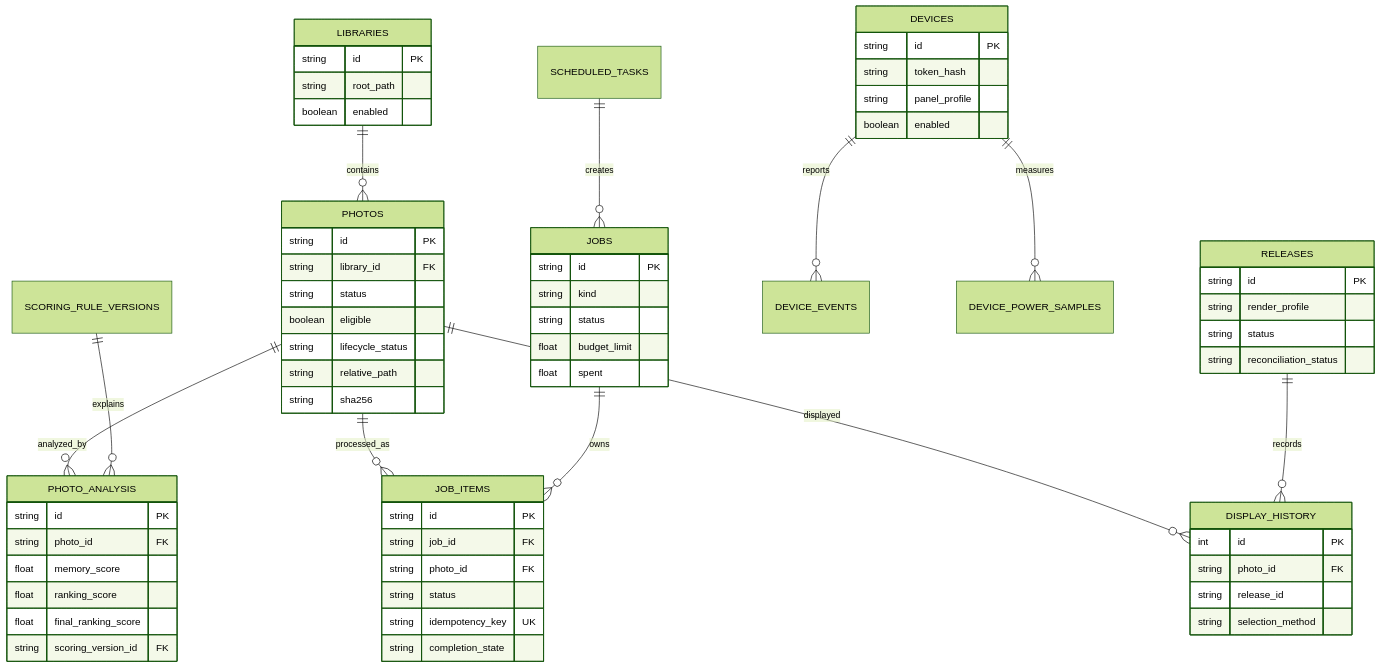
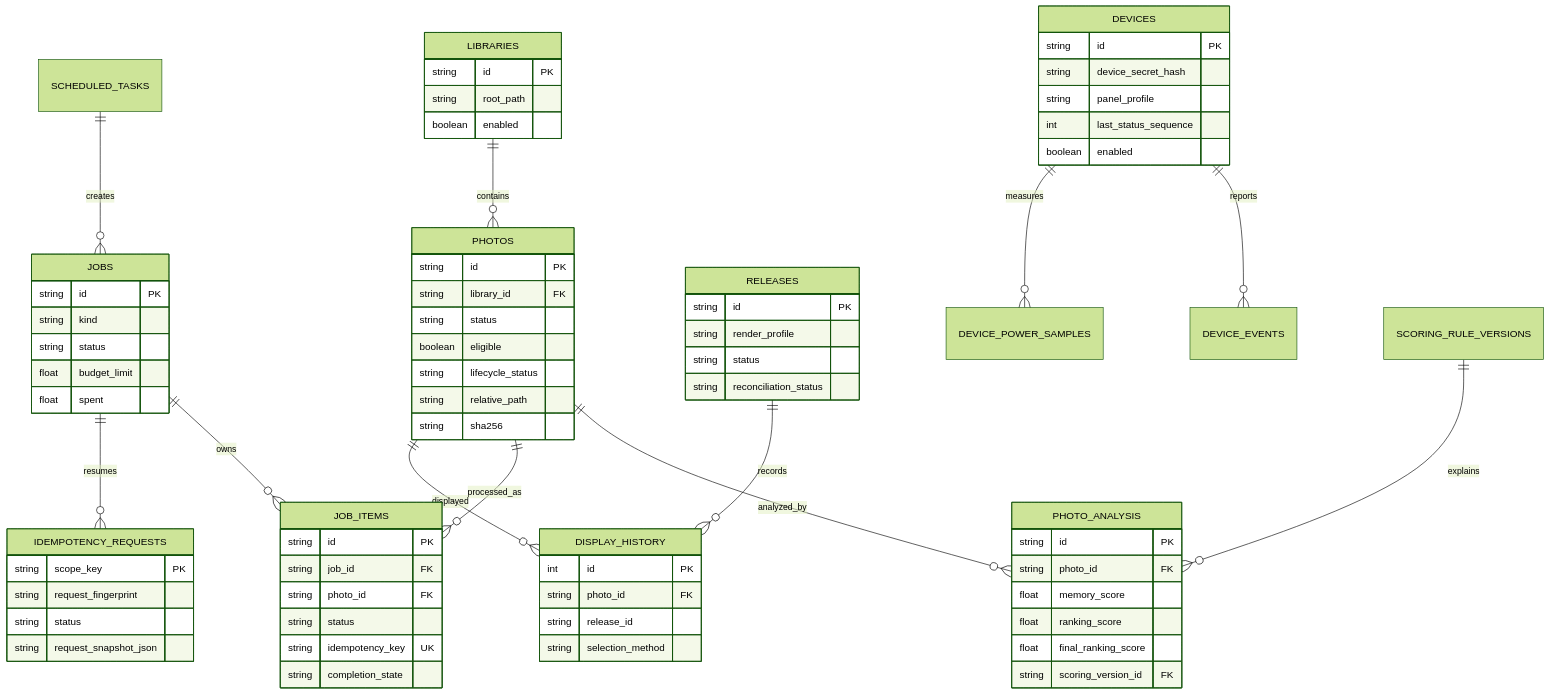
Before and after one commit to steven87090799/InkTime: diagram 13 of 15 in README.md, drawn with Mermaid (forest theme). The commit also changed other lines of this file and 45 other files, not shown here.

Commit message:
docs: sync project documentation with current architecture

````diff
--- a/README.md
+++ b/README.md
@@ -514,69 +518,77 @@
 ```mermaid
 erDiagram
     LIBRARIES ||--o{ PHOTOS : contains
     PHOTOS ||--o{ PHOTO_ANALYSIS : analyzed_by
     PHOTOS ||--o{ JOB_ITEMS : processed_as
     JOBS ||--o{ JOB_ITEMS : owns
     PHOTOS ||--o{ DISPLAY_HISTORY : displayed
     RELEASES ||--o{ DISPLAY_HISTORY : records
     DEVICES ||--o{ DEVICE_EVENTS : reports
     DEVICES ||--o{ DEVICE_POWER_SAMPLES : measures
     SCHEDULED_TASKS ||--o{ JOBS : creates
     SCORING_RULE_VERSIONS ||--o{ PHOTO_ANALYSIS : explains
+    JOBS ||--o{ IDEMPOTENCY_REQUESTS : resumes
 
     LIBRARIES {
         string id PK
         string root_path
         boolean enabled
     }
     PHOTOS {
         string id PK
         string library_id FK
         string status
         boolean eligible
         string lifecycle_status
         string relative_path
         string sha256
     }
     PHOTO_ANALYSIS {
         string id PK
         string photo_id FK
         float memory_score
         float ranking_score
         float final_ranking_score
         string scoring_version_id FK
     }
     JOBS {
         string id PK
         string kind
         string status
         float budget_limit
         float spent
     }
     JOB_ITEMS {
         string id PK
         string job_id FK
         string photo_id FK
         string status
         string idempotency_key UK
         string completion_state
     }
     RELEASES {
         string id PK
         string render_profile
         string status
         string reconciliation_status
     }
     DISPLAY_HISTORY {
         int id PK
         string photo_id FK
         string release_id
         string selection_method
     }
     DEVICES {
         string id PK
-        string token_hash
+        string device_secret_hash
         string panel_profile
+        int last_status_sequence
         boolean enabled
     }
+    IDEMPOTENCY_REQUESTS {
+        string scope_key PK
+        string request_fingerprint
+        string status
+        string request_snapshot_json
+    }
 ```
````
